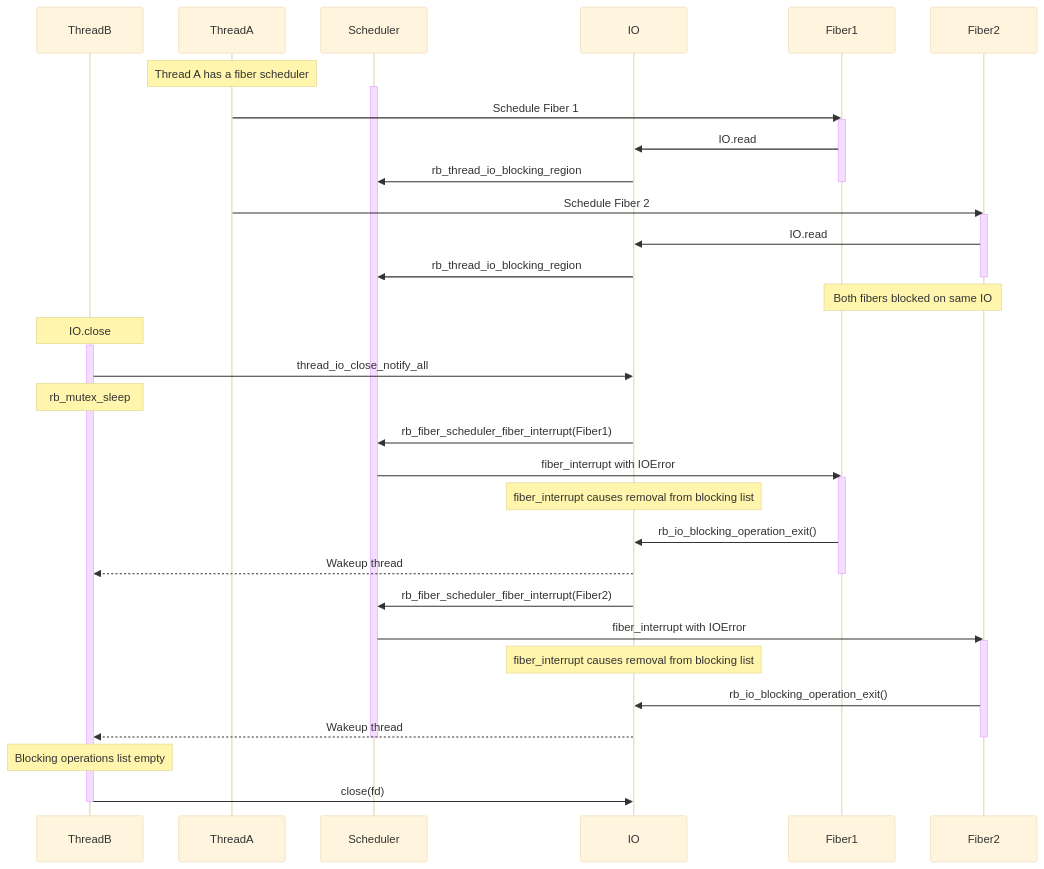
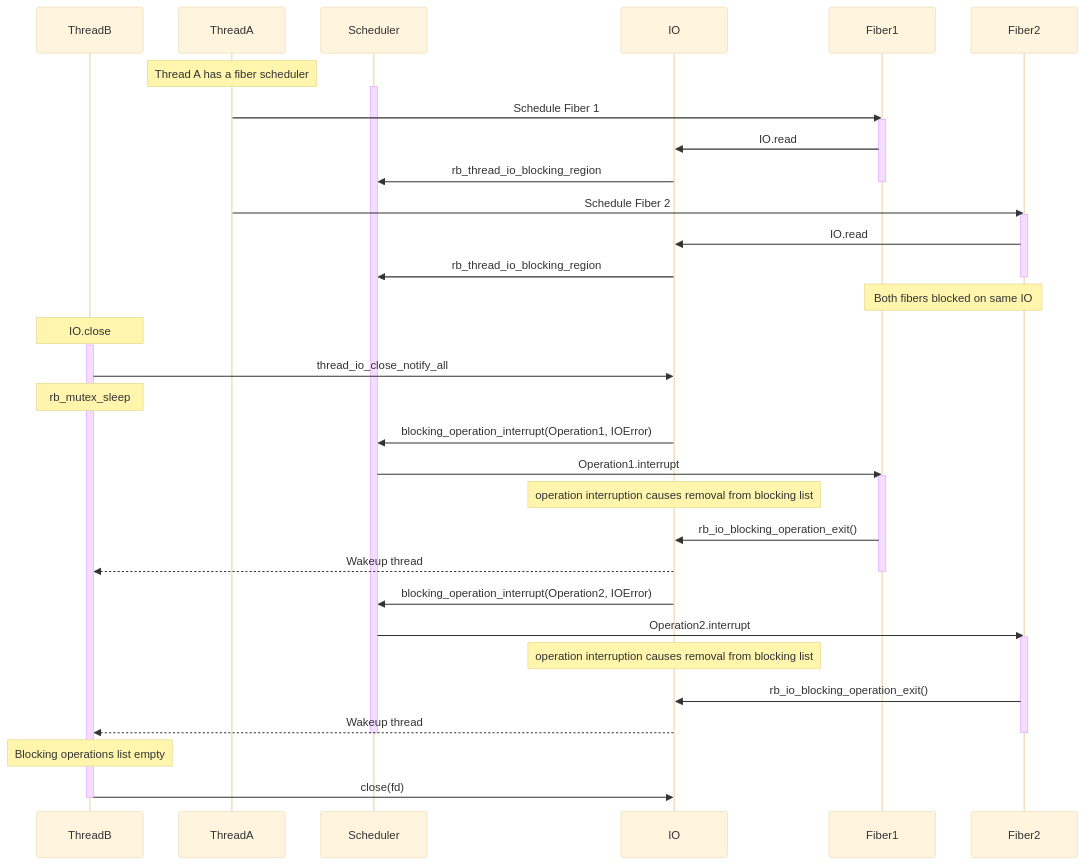
Before and after one commit to ruby/ruby: the diagram in doc/language/fiber.md, drawn with Mermaid (base theme). The commit also changed other lines of this file and 10 other files, not shown here.

First line of the commit message:
Fix Fiber scheduler IO close interruption race

````diff
--- a/doc/language/fiber.md
+++ b/doc/language/fiber.md
@@ -239,51 +241,51 @@
 ```mermaid
 sequenceDiagram
     participant ThreadB
     participant ThreadA
     participant Scheduler
     participant IO
     participant Fiber1
     participant Fiber2
 
     Note over ThreadA: Thread A has a fiber scheduler
     activate Scheduler
     ThreadA->>Fiber1: Schedule Fiber 1
     activate Fiber1
     Fiber1->>IO: IO.read
     IO->>Scheduler: rb_thread_io_blocking_region
     deactivate Fiber1
 
     ThreadA->>Fiber2: Schedule Fiber 2
     activate Fiber2
     Fiber2->>IO: IO.read
     IO->>Scheduler: rb_thread_io_blocking_region
     deactivate Fiber2
 
     Note over Fiber1,Fiber2: Both fibers blocked on same IO
 
     Note over ThreadB: IO.close
     activate ThreadB
     ThreadB->>IO: thread_io_close_notify_all
     Note over ThreadB: rb_mutex_sleep
 
-    IO->>Scheduler: rb_fiber_scheduler_fiber_interrupt(Fiber1)
-    Scheduler->>Fiber1: fiber_interrupt with IOError
+    IO->>Scheduler: blocking_operation_interrupt(Operation1, IOError)
+    Scheduler->>Fiber1: Operation1.interrupt
     activate Fiber1
-    Note over IO: fiber_interrupt causes removal from blocking list
+    Note over IO: operation interruption causes removal from blocking list
     Fiber1->>IO: rb_io_blocking_operation_exit()
     IO-->>ThreadB: Wakeup thread
     deactivate Fiber1
 
-    IO->>Scheduler: rb_fiber_scheduler_fiber_interrupt(Fiber2)
-    Scheduler->>Fiber2: fiber_interrupt with IOError
+    IO->>Scheduler: blocking_operation_interrupt(Operation2, IOError)
+    Scheduler->>Fiber2: Operation2.interrupt
     activate Fiber2
-    Note over IO: fiber_interrupt causes removal from blocking list
+    Note over IO: operation interruption causes removal from blocking list
     Fiber2->>IO: rb_io_blocking_operation_exit()
     IO-->>ThreadB: Wakeup thread
     deactivate Fiber2
     deactivate Scheduler
 
     Note over ThreadB: Blocking operations list empty
     ThreadB->>IO: close(fd)
     deactivate ThreadB
 ```
````
